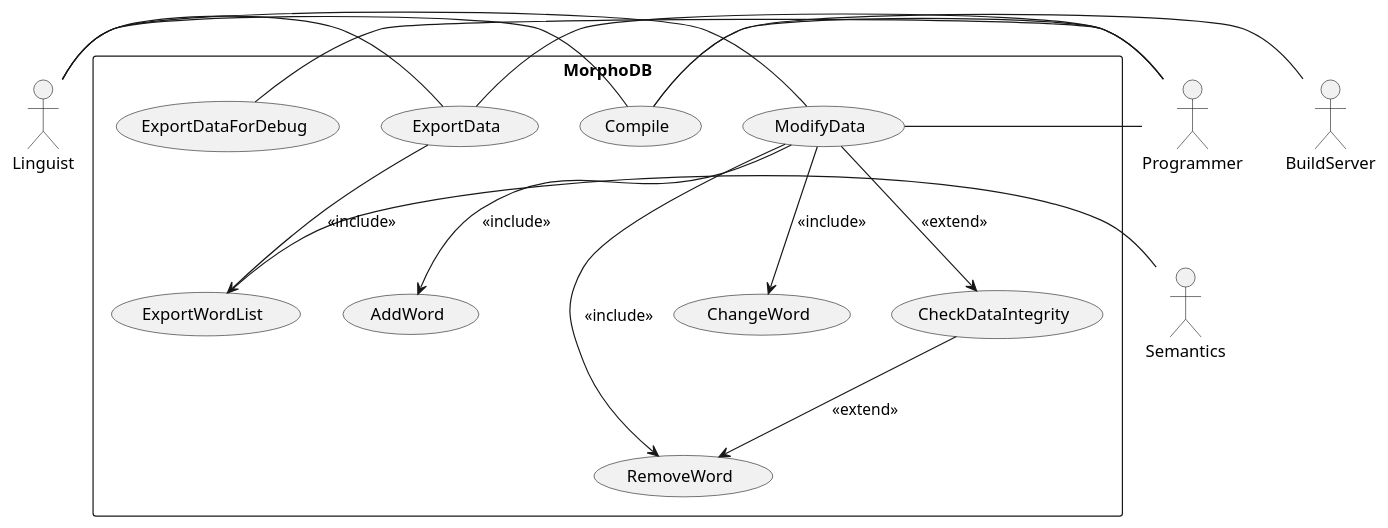
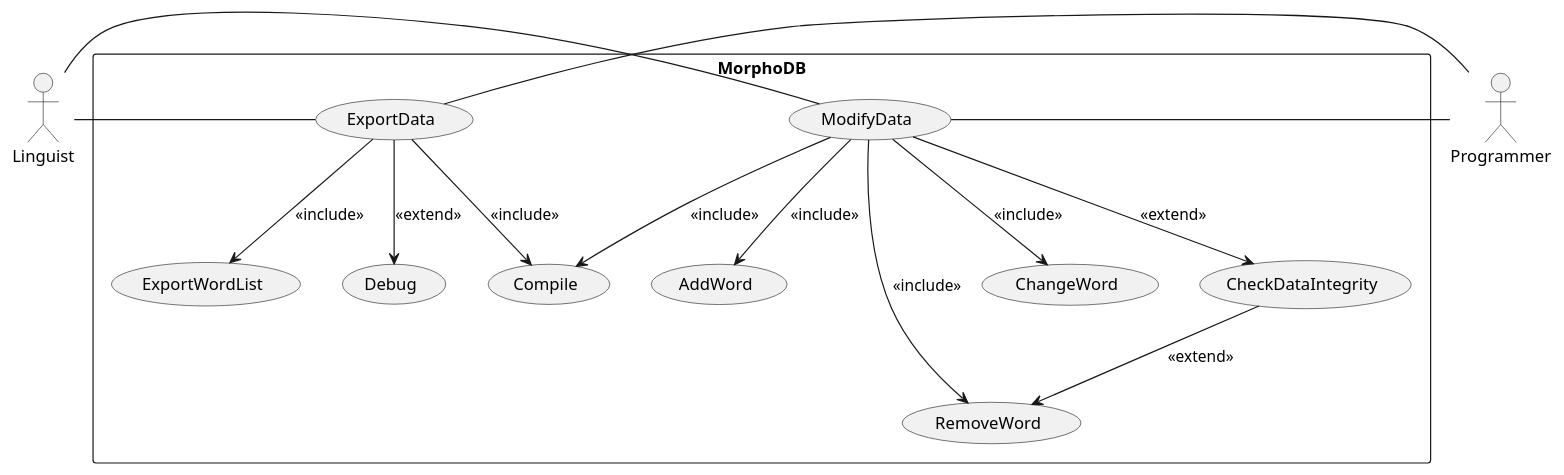
The diagram in lab4/7.puml (lisisisan/CASE-2024), drawn with PlantUML before and after one commit. The commit also changed 6 other files, not shown here.

```diff
--- a/lab4/7.puml
+++ b/lab4/7.puml
@@ -1,31 +1,31 @@
 @startuml
 actor Linguist
 actor Programmer
-actor BuildServer
-actor Semantics
+' actor BuildServer
+' actor Semantics
 
 rectangle "MorphoDB" {
     Linguist - (ModifyData)
-    Linguist - (Compile)
     Linguist - (ExportData)
 
     Programmer - (ModifyData)
-    Programmer - (Compile)
     Programmer - (ExportData)
-    Programmer - (ExportDataForDebug)
 
-    BuildServer - (Compile)
+    ' BuildServer - (Compile)
 
-    Semantics - (ExportWordList)
+    ' Semantics - (ExportWordList)
 
+    (ExportData)-down-> (Debug): <<extend>>
+    (ExportData)-down-> (Compile): <<include>>
     (ModifyData) -down-> (AddWord): <<include>>
     (ModifyData) -down-> (RemoveWord): <<include>>
+    (ModifyData) -down-> (Compile): <<include>>
     (ModifyData) -down-> (ChangeWord): <<include>>
     (ModifyData) -down-> (CheckDataIntegrity): <<extend>>
     (CheckDataIntegrity) -down-> (RemoveWord): <<extend>>
 
     (ExportData) -down-> (ExportWordList): <<include>>
 
 }
 
 @enduml
```
